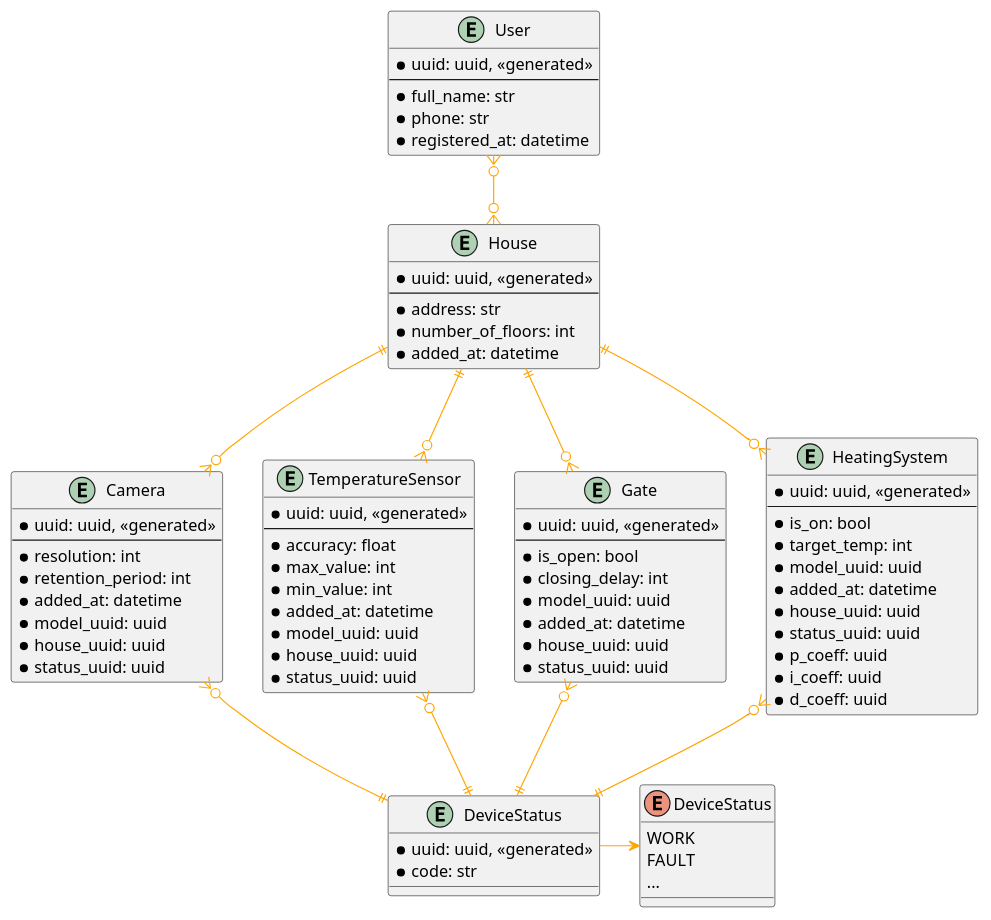
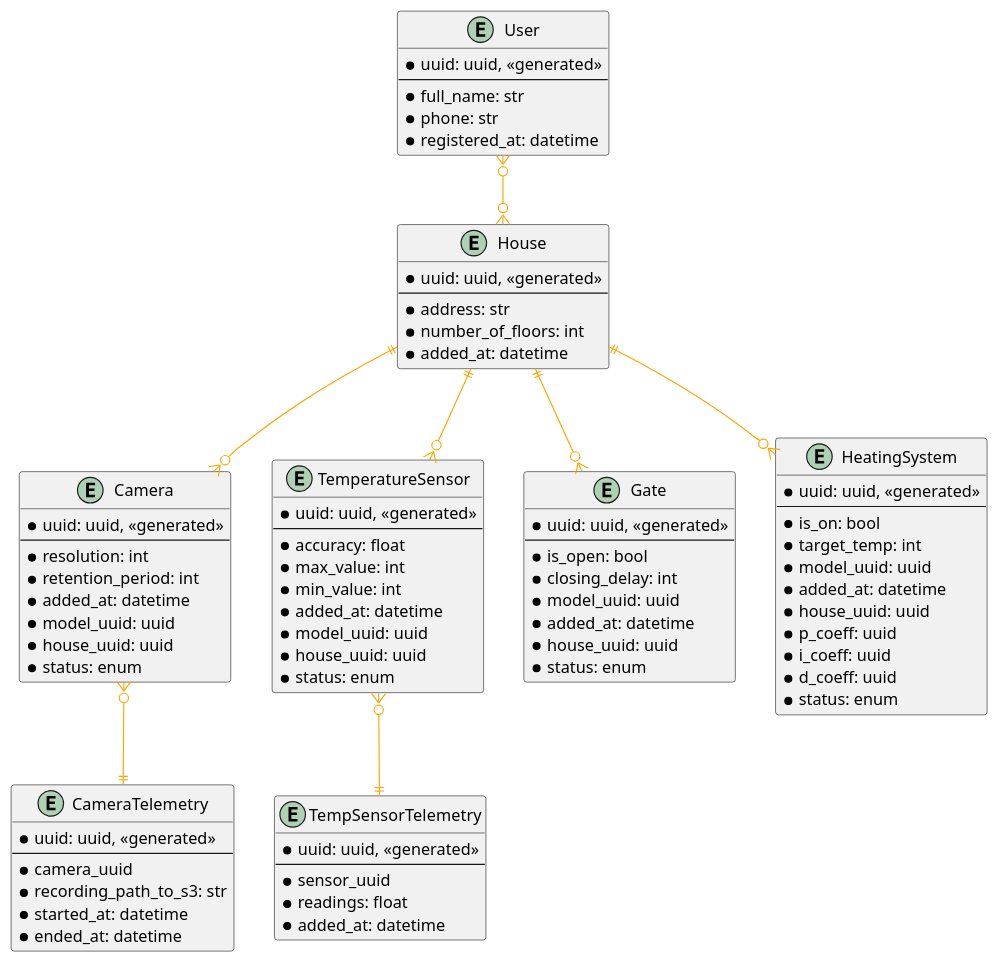
The diagram in diagrams/ER.puml (kvrasuli/architecture-sprint-3), drawn with PlantUML before and after one commit. The commit also changed 5 other files, not shown here.

Commit message:
Fix diagrams

```diff
--- a/diagrams/ER.puml
+++ b/diagrams/ER.puml
@@ -1,93 +1,94 @@
 @startuml
 skinparam ArrowColor Orange
 
 entity "User" as user {
   * uuid: uuid, <<generated>>
   --
   * full_name: str
   * phone: str
   * registered_at: datetime
 }
 
 entity "House" as house {
   * uuid: uuid, <<generated>>
   --
   * address: str
   * number_of_floors: int
   * added_at: datetime
 }
 
 entity "Camera" as camera {
   * uuid: uuid, <<generated>>
   --
   * resolution: int
   * retention_period: int
   * added_at: datetime
   * model_uuid: uuid
   * house_uuid: uuid
-  * status_uuid: uuid
+  * status: enum
 }
 
 entity "TemperatureSensor" as t_sensor {
   * uuid: uuid, <<generated>>
   --
   * accuracy: float
   * max_value: int
   * min_value: int
   * added_at: datetime
   * model_uuid: uuid
   * house_uuid: uuid
-  * status_uuid: uuid
+  * status: enum
 }
 
 entity "Gate" as gate {
   * uuid: uuid, <<generated>>
   --
   * is_open: bool
   * closing_delay: int
   * model_uuid: uuid
   * added_at: datetime
   * house_uuid: uuid
-  * status_uuid: uuid
+  * status: enum
 }
 
 entity "HeatingSystem" as h_s {
   * uuid: uuid, <<generated>>
   --
   * is_on: bool
   * target_temp: int
   * model_uuid: uuid
   * added_at: datetime
   * house_uuid: uuid
-  * status_uuid: uuid
   * p_coeff: uuid
   * i_coeff: uuid
   * d_coeff: uuid
+  * status: enum
 }
 
-entity "DeviceStatus" as d_s {
+entity "CameraTelemetry" as c_t {
   * uuid: uuid, <<generated>>
-  * code: str
+  --
+  * camera_uuid
+  * recording_path_to_s3: str
+  * started_at: datetime
+  * ended_at: datetime
 }
 
-enum DeviceStatus {
-    WORK
-    FAULT
-    ...
+entity "TempSensorTelemetry" as t_t {
+  * uuid: uuid, <<generated>>
+  --
+  * sensor_uuid
+  * readings: float
+  * added_at: datetime
 }
-
-d_s -> DeviceStatus
 
 'Связи
 camera }o-up-|| house
+camera }o-down-|| c_t
 h_s }o-up-|| house
 gate }o-up-|| house
 t_sensor }o-up-|| house
+t_sensor }o-down-|| t_t
 user }o--o{ house
 
-camera }o-down-|| d_s
-h_s }o-down-|| d_s
-gate }o-down-|| d_s
-t_sensor }o-down-|| d_s
-
 @enduml
```
